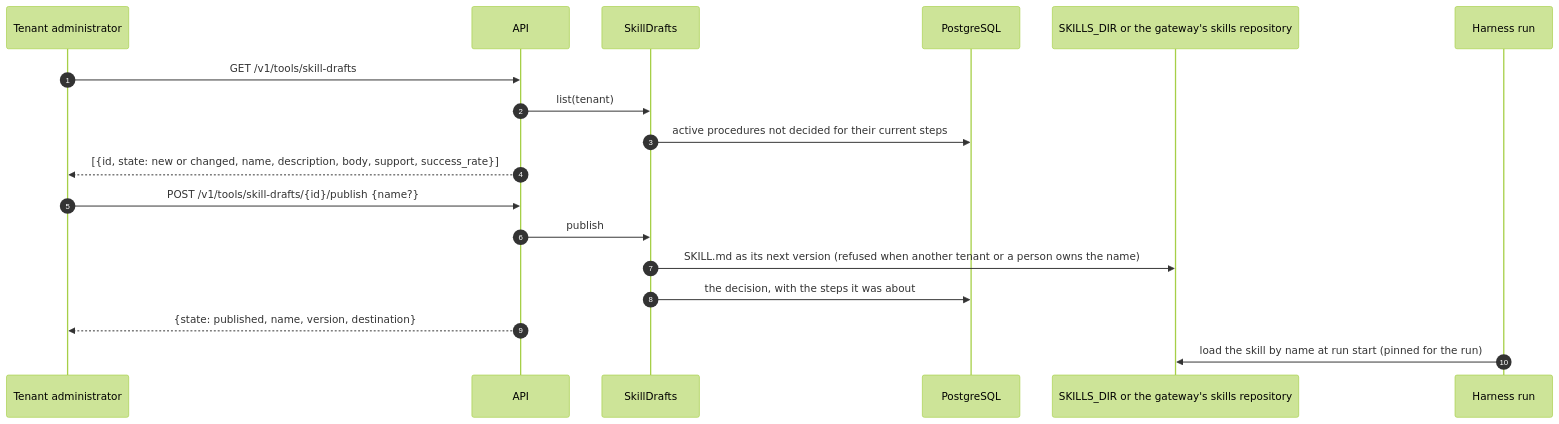
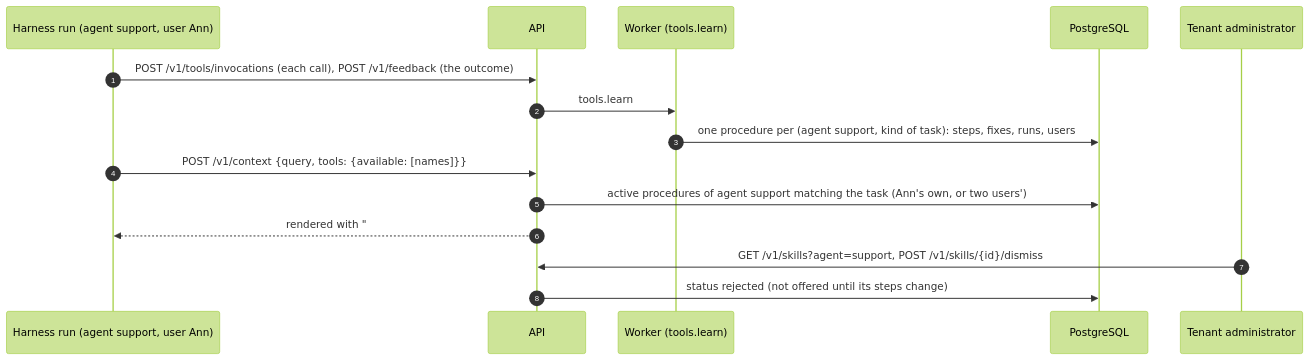
The seventh of 8 diagrams in docs/flows.md (amitmohapatra/agent-memory-service), drawn with Mermaid (forest theme) before and after one commit. The commit also changed other lines of this file and 48 other files, not shown here.

First line of the commit message:
Learned skills v2: per agent, in the context, /v1/skills

````diff
--- a/docs/flows.md
+++ b/docs/flows.md
@@ -265,20 +265,17 @@
 ```mermaid
 sequenceDiagram
   autonumber
+  participant H as Harness run (agent support, user Ann)
+  participant API as API
+  participant W as Worker (tools.learn)
+  participant PG as PostgreSQL
   participant A as Tenant administrator
-  participant API as API
-  participant S as SkillDrafts
-  participant PG as PostgreSQL
-  participant D as SKILLS_DIR or the gateway's skills repository
-  participant H as Harness run
-  A->>API: GET /v1/tools/skill-drafts
-  API->>S: list(tenant)
-  S->>PG: active procedures not decided for their current steps
-  API-->>A: [{id, state: new or changed, name, description, body, support, success_rate}]
-  A->>API: POST /v1/tools/skill-drafts/{id}/publish {name?}
-  API->>S: publish
-  S->>D: SKILL.md as its next version (refused when another tenant or a person owns the name)
-  S->>PG: the decision, with the steps it was about
-  API-->>A: {state: published, name, version, destination}
-  H->>D: load the skill by name at run start (pinned for the run)
+  H->>API: POST /v1/tools/invocations (each call), POST /v1/feedback (the outcome)
+  API->>W: tools.learn
+  W->>PG: one procedure per (agent support, kind of task): steps, fixes, runs, users
+  H->>API: POST /v1/context {query, tools: {available: [names]}}
+  API->>PG: active procedures of agent support matching the task (Ann's own, or two users')
+  API-->>H: rendered with "## Learned skills for this task"
+  A->>API: GET /v1/skills?agent=support, POST /v1/skills/{id}/dismiss
+  API->>PG: status rejected (not offered until its steps change)
 ```
````
